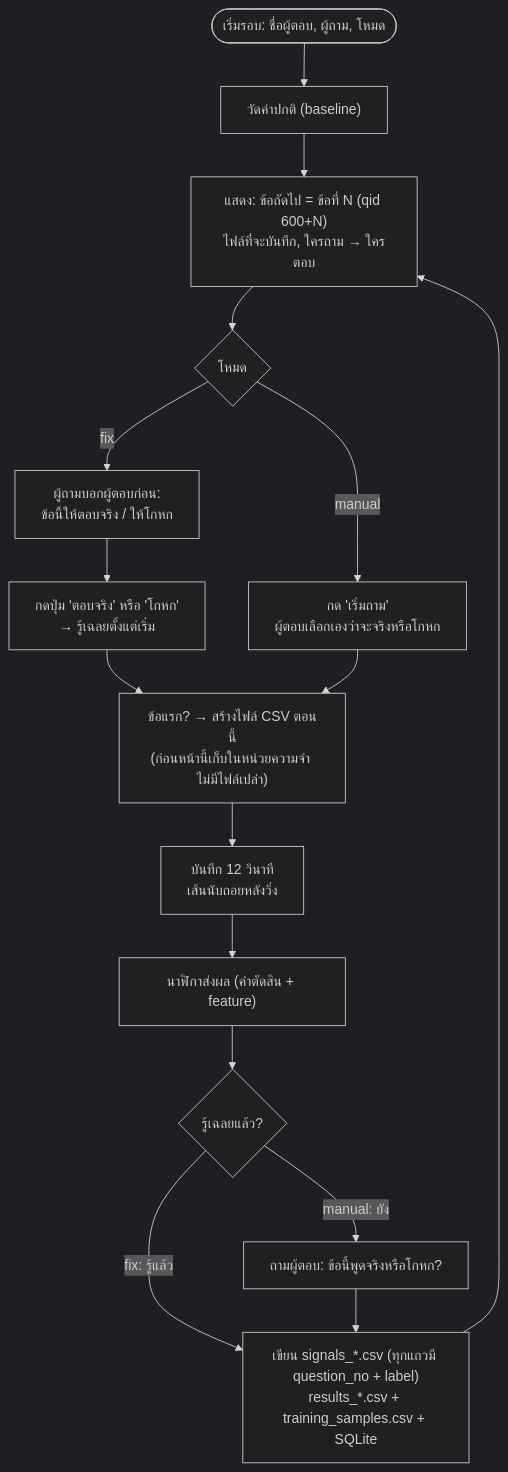
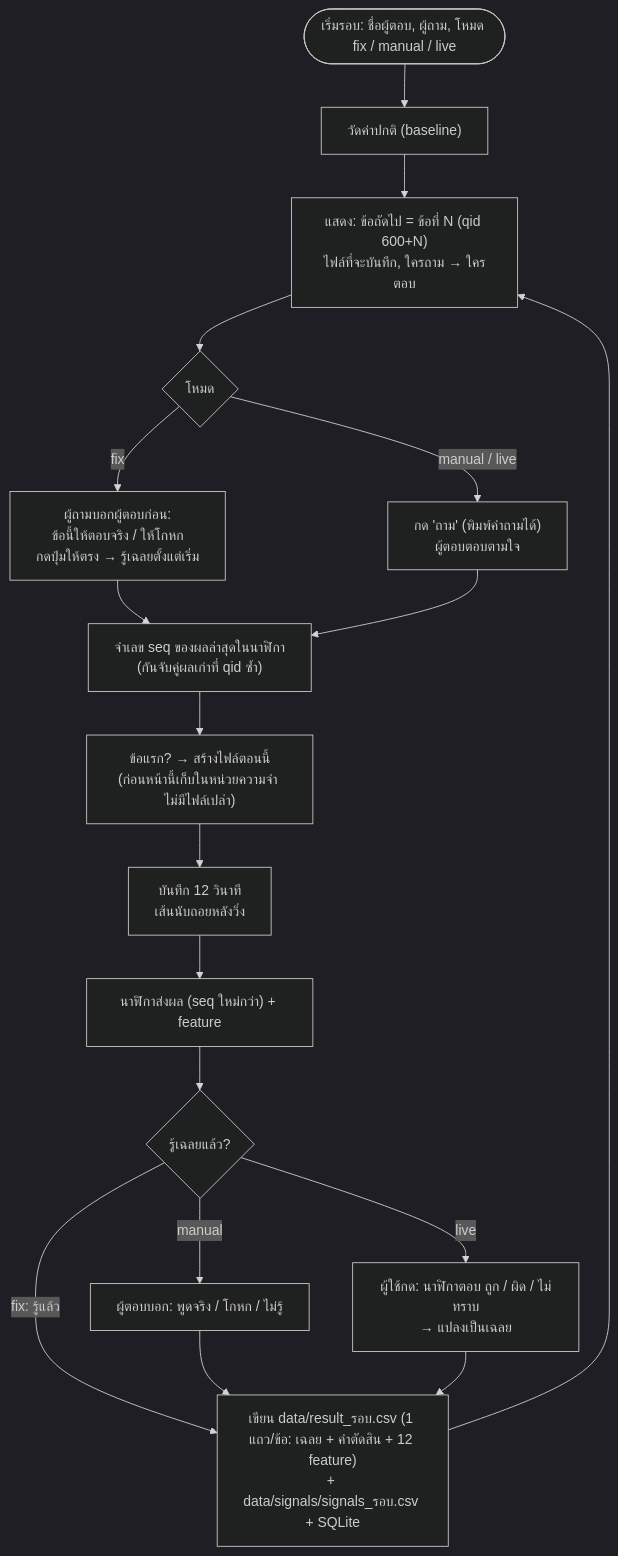
One commit to Baconkinh/Wireless-Polygraph-2026 changed the seventh of 14 diagrams in FLOWCHARTS.md. Above: the diagram before and after it, drawn with Mermaid (dark theme). The commit also changed other lines of this file and 129 other files, not shown here.

````diff
--- a/FLOWCHARTS.md
+++ b/FLOWCHARTS.md
@@ -162,18 +162,20 @@
 ```mermaid
 flowchart TD
-  S(["เริ่มรอบ: ชื่อผู้ตอบ, ผู้ถาม, โหมด"]) --> B["วัดค่าปกติ (baseline)"]
+  S(["เริ่มรอบ: ชื่อผู้ตอบ, ผู้ถาม, โหมด fix / manual / live"]) --> B["วัดค่าปกติ (baseline)"]
   B --> N["แสดง: ข้อถัดไป = ข้อที่ N (qid 600+N)<br/>ไฟล์ที่จะบันทึก, ใครถาม → ใครตอบ"]
   N --> M{"โหมด"}
-  M -- "fix" --> F1["ผู้ถามบอกผู้ตอบก่อน:<br/>ข้อนี้ให้ตอบจริง / ให้โกหก"]
-  F1 --> F2["กดปุ่ม 'ตอบจริง' หรือ 'โกหก'<br/>→ รู้เฉลยตั้งแต่เริ่ม"]
-  M -- "manual" --> M1["กด 'เริ่มถาม'<br/>ผู้ตอบเลือกเองว่าจะจริงหรือโกหก"]
-  F2 --> R["ข้อแรก? → สร้างไฟล์ CSV ตอนนี้<br/>(ก่อนหน้านี้เก็บในหน่วยความจำ ไม่มีไฟล์เปล่า)"]
-  M1 --> R
+  M -- "fix" --> F1["ผู้ถามบอกผู้ตอบก่อน:<br/>ข้อนี้ให้ตอบจริง / ให้โกหก<br/>กดปุ่มให้ตรง → รู้เฉลยตั้งแต่เริ่ม"]
+  M -- "manual / live" --> M1["กด 'ถาม' (พิมพ์คำถามได้)<br/>ผู้ตอบตอบตามใจ"]
+  F1 --> SEQ["จำเลข seq ของผลล่าสุดในนาฬิกา<br/>(กันจับคู่ผลเก่าที่ qid ซ้ำ)"]
+  M1 --> SEQ
+  SEQ --> R["ข้อแรก? → สร้างไฟล์ตอนนี้<br/>(ก่อนหน้านี้เก็บในหน่วยความจำ ไม่มีไฟล์เปล่า)"]
   R --> W["บันทึก 12 วินาที<br/>เส้นนับถอยหลังวิ่ง"]
-  W --> RES["นาฬิกาส่งผล (คำตัดสิน + feature)"]
+  W --> RES["นาฬิกาส่งผล (seq ใหม่กว่า) + feature"]
   RES --> L{"รู้เฉลยแล้ว?"}
   L -- "fix: รู้แล้ว" --> SAVE
-  L -- "manual: ยัง" --> ASK["ถามผู้ตอบ: ข้อนี้พูดจริงหรือโกหก?"]
-  ASK --> SAVE["เขียน signals_*.csv (ทุกแถวมี question_no + label)<br/>results_*.csv + training_samples.csv + SQLite"]
+  L -- "manual" --> ASK["ผู้ตอบบอก: พูดจริง / โกหก / ไม่รู้"]
+  L -- "live" --> FB["ผู้ใช้กด: นาฬิกาตอบ ถูก / ผิด / ไม่ทราบ<br/>→ แปลงเป็นเฉลย"]
+  ASK --> SAVE["เขียน data/result_รอบ.csv (1 แถว/ข้อ: เฉลย + คำตัดสิน + 12 feature)<br/>+ data/signals/signals_รอบ.csv + SQLite"]
+  FB --> SAVE
   SAVE --> N
 ```
````
